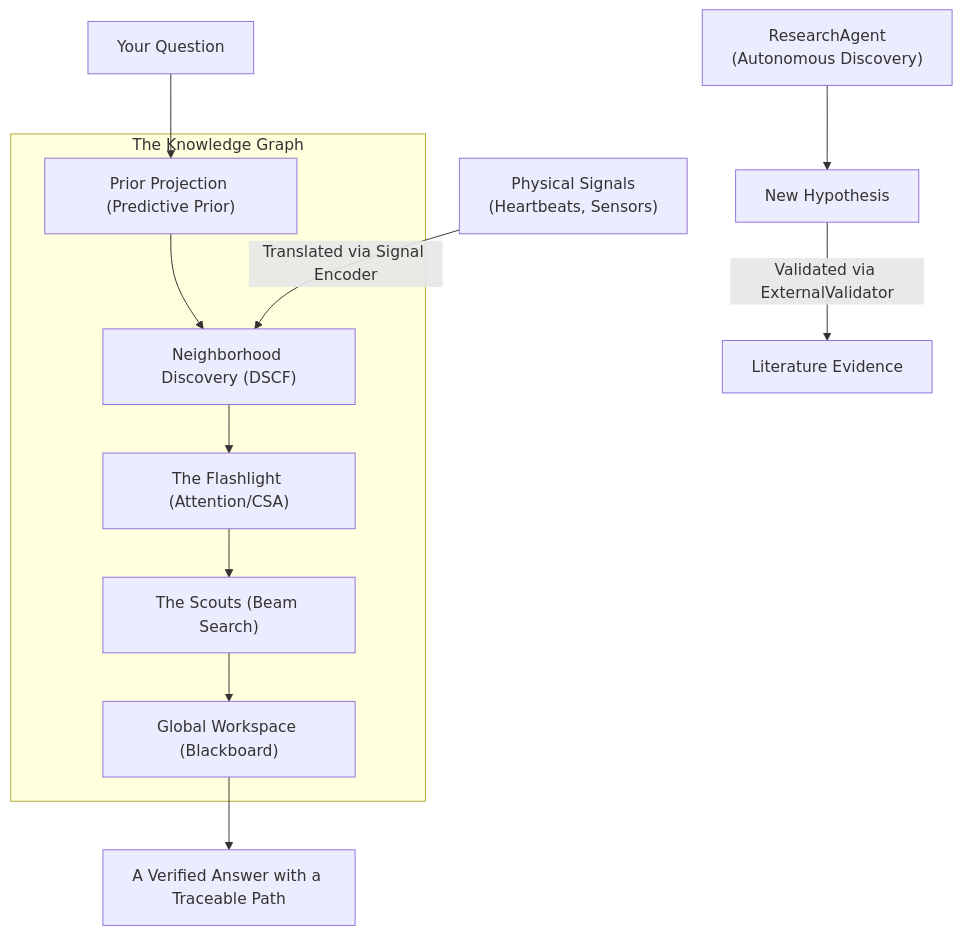
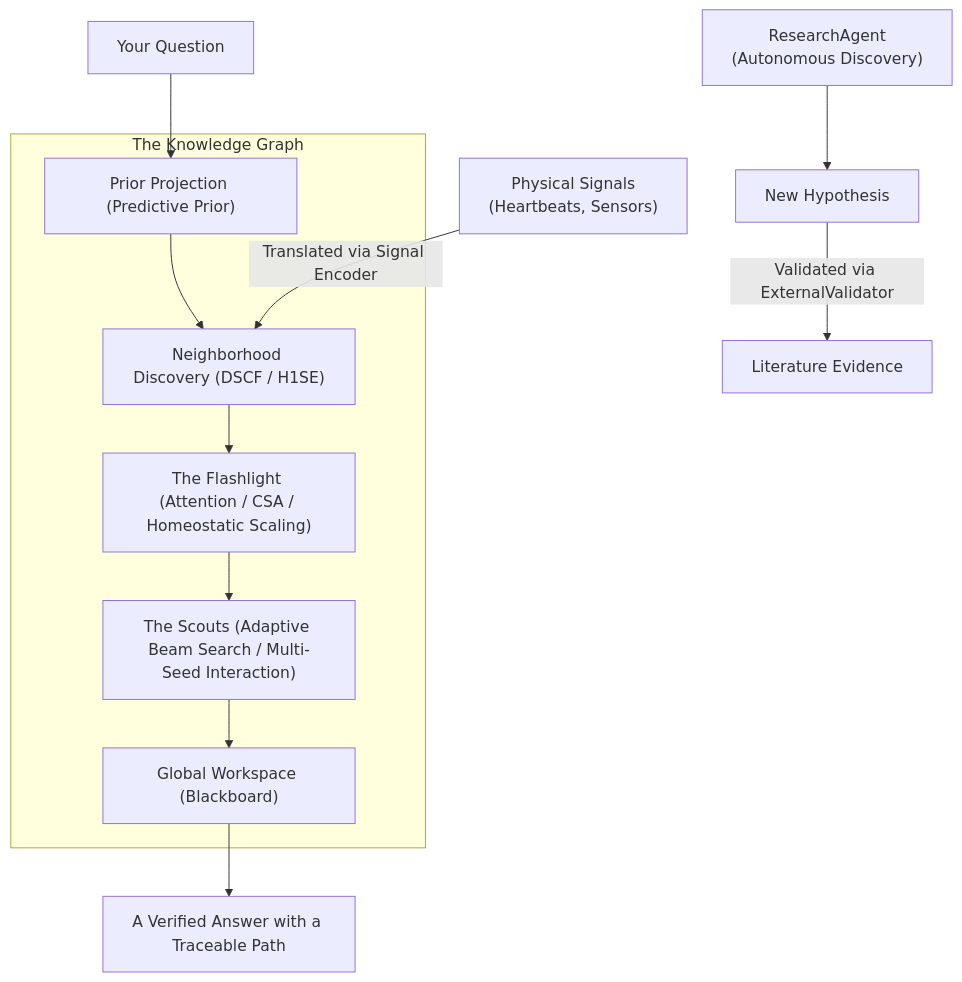
Before and after one commit to BrutalByte/CEREBRUM: the diagram in docs/CEREBRUM_EXPLAINED.md, drawn with Mermaid. The commit also changed other lines of this file and 17 other files, not shown here.

````diff
--- a/docs/CEREBRUM_EXPLAINED.md
+++ b/docs/CEREBRUM_EXPLAINED.md
@@ -13,21 +13,21 @@
 ```mermaid
 graph TD
     A["Your Question"] --> BP["Prior Projection (Predictive Prior)"]
-    BP --> B["Neighborhood Discovery (DSCF)"]
-    B --> C["The Flashlight (Attention/CSA)"]
-    C --> D["The Scouts (Beam Search)"]
+    BP --> B["Neighborhood Discovery (DSCF / H1SE)"]
+    B --> C["The Flashlight (Attention / CSA / Homeostatic Scaling)"]
+    C --> D["The Scouts (Adaptive Beam Search / Multi-Seed Interaction)"]
     D --> GWS["Global Workspace (Blackboard)"]
     GWS --> E["A Verified Answer with a Traceable Path"]
 
     subgraph "The Knowledge Graph"
     BP
     B
     C
     D
     GWS
     end
 
     F["Physical Signals\n(Heartbeats, Sensors)"] -- "Translated via Signal Encoder" --> B
     G["New Hypothesis"] -- "Validated via ExternalValidator" --> H["Literature Evidence"]
     I["ResearchAgent\n(Autonomous Discovery)"] --> G
 ```
````
